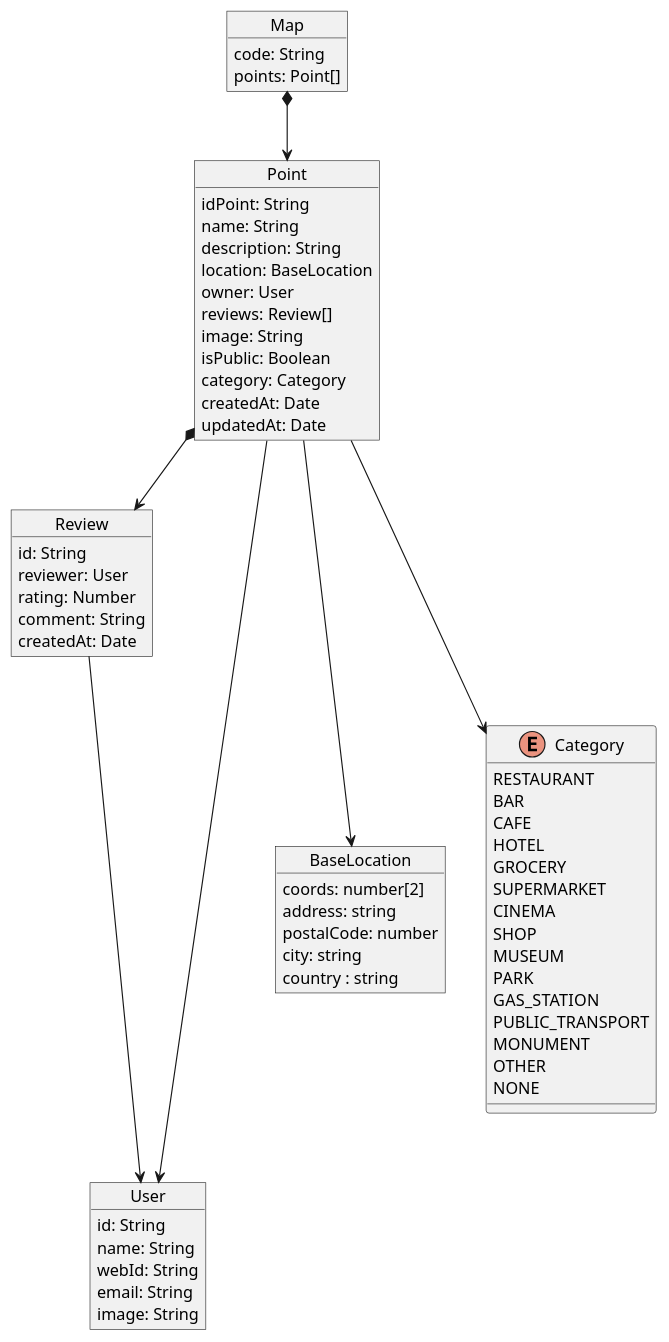
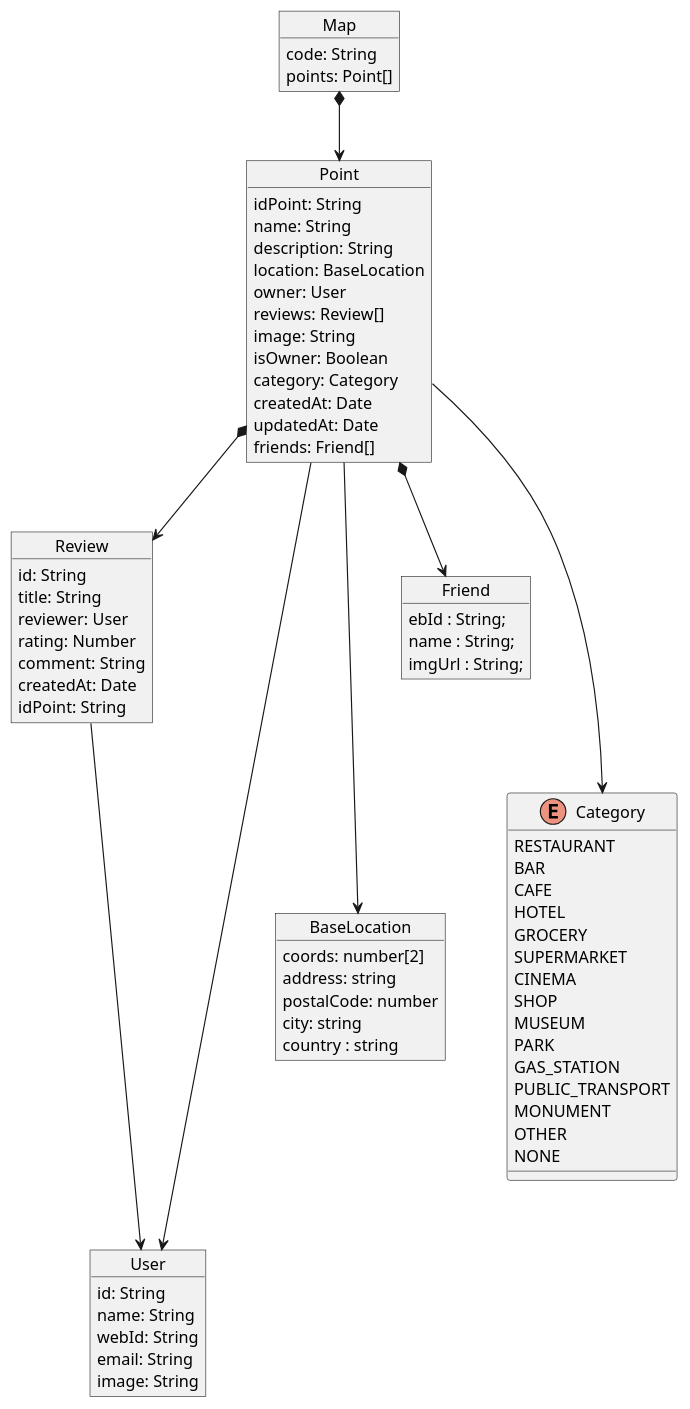
The diagram in docs/08_concepts.adoc (franciscocoya/lomapes05a_production), drawn with PlantUML before and after one commit. The commit also changed 105 other files, not shown here.

```diff
--- a/docs/08_concepts.adoc
+++ b/docs/08_concepts.adoc
@@ -7,73 +7,83 @@
 [plantuml, "ModeloDeDominio", png]
 ----
 
 
 object Point{
     idPoint: String
     name: String
     description: String
     location: BaseLocation
     owner: User
     reviews: Review[]
     image: String
-    isPublic: Boolean
+    isOwner: Boolean
     category: Category
     createdAt: Date
     updatedAt: Date
+    friends: Friend[]
 }
 
 object Map{
     code: String
     points: Point[]
 }
 
 object Review{
     id: String
+    title: String
     reviewer: User
     rating: Number
     comment: String
     createdAt: Date
+    idPoint: String
 }
 
 object User{
     id: String
     name: String
     webId: String
     email: String
     image: String
 }
 
 object BaseLocation{
     coords: number[2]
     address: string
     postalCode: number
     city: string
     country : string
+}
+
+object Friend{
+    ebId : String;
+    name : String;
+    imgUrl : String;
 }
 
 enum Category{
     RESTAURANT
     BAR 
     CAFE
     HOTEL
     GROCERY
     SUPERMARKET
     CINEMA
     SHOP
     MUSEUM
     PARK
     GAS_STATION
     PUBLIC_TRANSPORT
     MONUMENT
     OTHER
     NONE
 }
 
 Map*-->Point
 Point*-->Review
 Point--->User
 Review--->User
 Point--->BaseLocation
 Point--->Category
+Point*-->Friend
 
 ----
```
